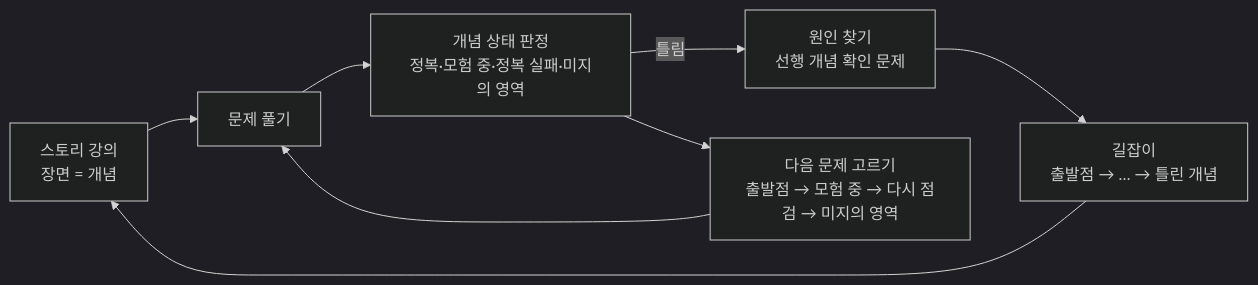
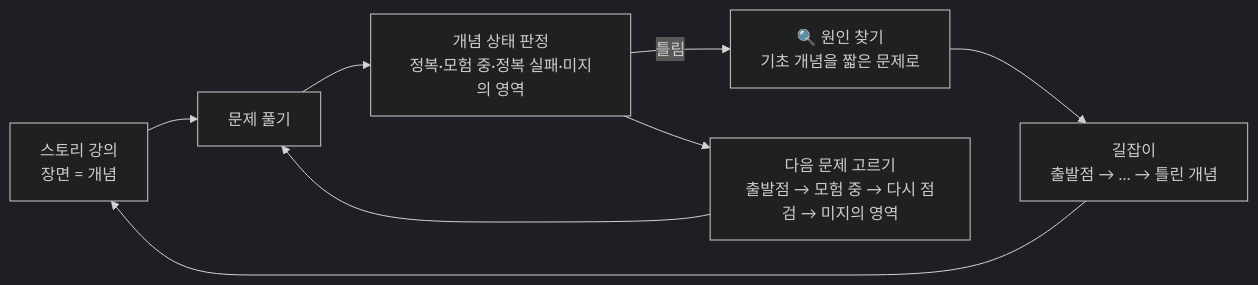
The diagram in README.md (charming-chanmin/cs-ontology-agent), drawn with Mermaid (dark theme) before and after one commit. The commit also changed other lines of this file and 12 other files, not shown here.

````diff
--- a/README.md
+++ b/README.md
@@ -29,10 +29,10 @@
 ```mermaid
 flowchart LR
   A[스토리 강의<br/>장면 = 개념] --> B[문제 풀기]
   B --> C[개념 상태 판정<br/>정복·모험 중·정복 실패·미지의 영역]
-  C -->|틀림| D[원인 찾기<br/>선행 개념 확인 문제]
+  C -->|틀림| D[🔍 원인 찾기<br/>기초 개념을 짧은 문제로]
   D --> G[길잡이<br/>출발점 → … → 틀린 개념]
   G --> A
   C --> E[다음 문제 고르기<br/>출발점 → 모험 중 → 다시 점검 → 미지의 영역]
   E --> B
 ```
````
